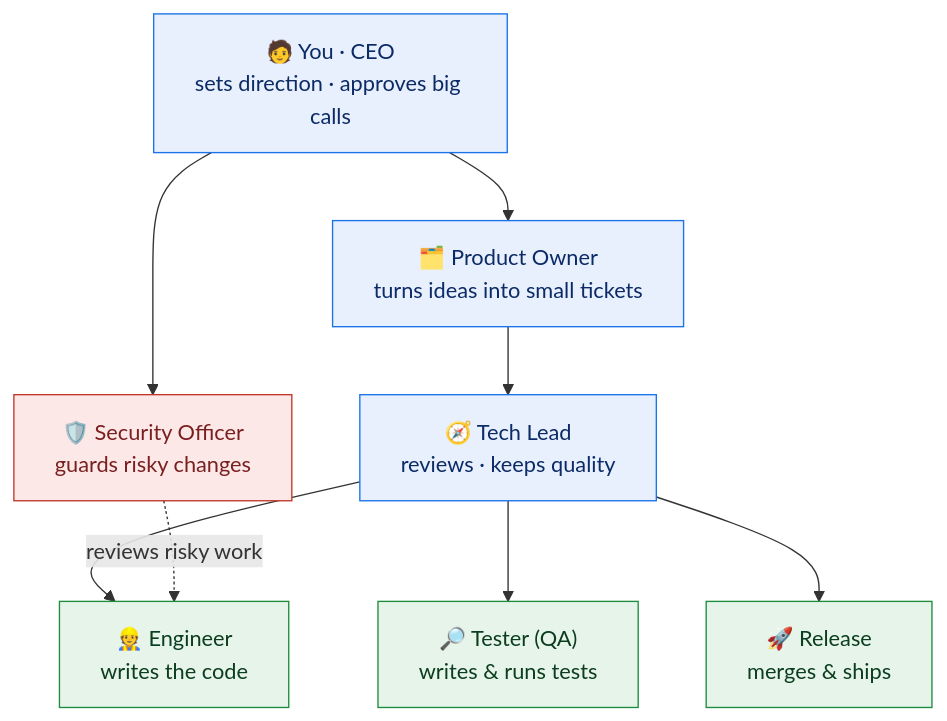
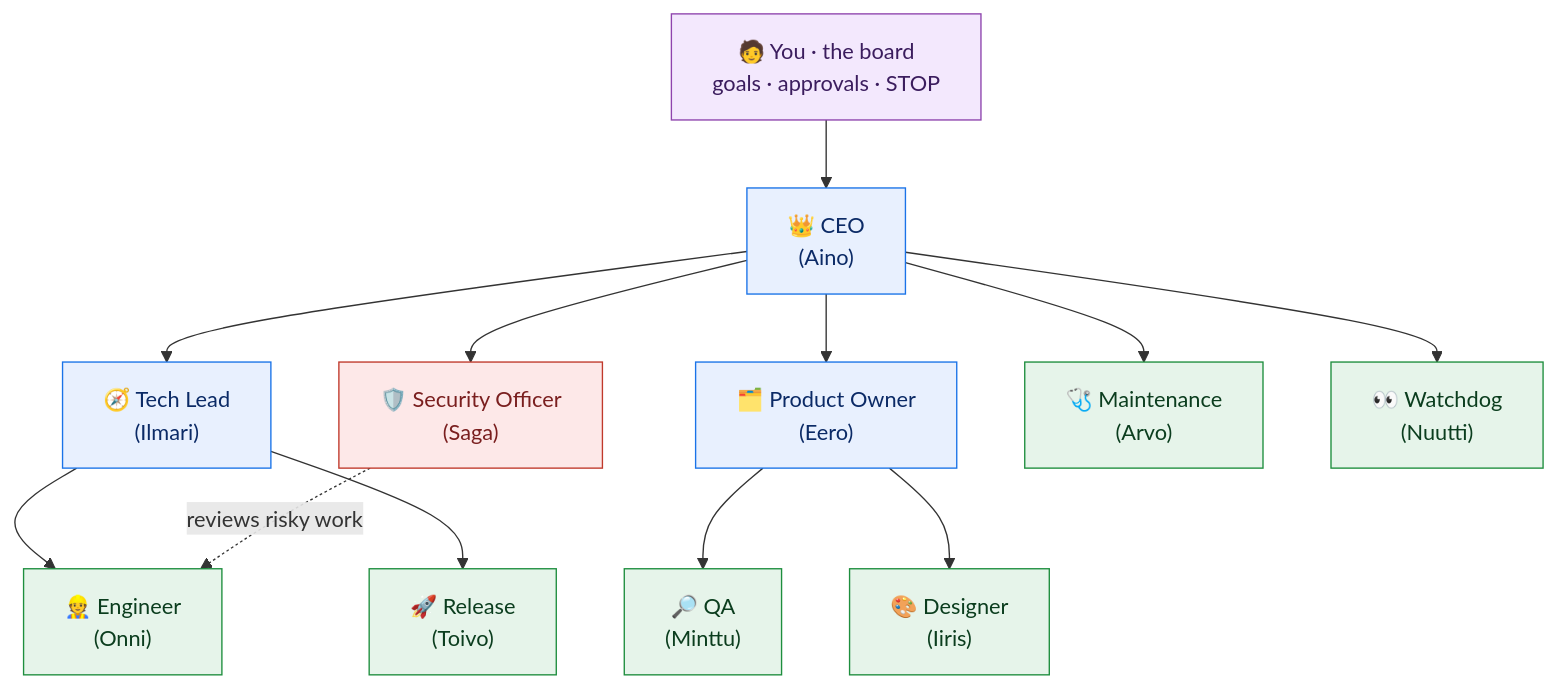
Before and after one commit to hamadsec/paperclip-ai-company: the diagram in docs/TEAM.md, drawn with Mermaid. The commit also changed other lines of this file and 6 other files, not shown here.

First line of the commit message:
Refresh for the finished, proven company; executable build-your-own guide; cleaner Mermaid diagrams

````diff
--- a/docs/TEAM.md
+++ b/docs/TEAM.md
@@ -6,25 +7,29 @@
 ```mermaid
 flowchart TD
-    OWNER["🧑 You · CEO<br/>sets direction · approves big calls"]
-    PO["🗂️ Product Owner<br/>turns ideas into small tickets"]
-    LEAD["🧭 Tech Lead<br/>reviews · keeps quality"]
-    SEC["🛡️ Security Officer<br/>guards risky changes"]
-    ENG["👷 Engineer<br/>writes the code"]
-    QA["🔎 Tester (QA)<br/>writes &amp; runs tests"]
-    REL["🚀 Release<br/>merges &amp; ships"]
+    BOARD["🧑 You · the board<br/>goals · approvals · STOP"]
+    CEO["👑 CEO<br/>(Aino)"]
+    LEAD["🧭 Tech Lead<br/>(Ilmari)"]
+    PO["🗂️ Product Owner<br/>(Eero)"]
+    SEC["🛡️ Security Officer<br/>(Saga)"]
+    MAINT["🩺 Maintenance<br/>(Arvo)"]
+    WATCH["👀 Watchdog<br/>(Nuutti)"]
+    ENG["👷 Engineer<br/>(Onni)"]
+    REL["🚀 Release<br/>(Toivo)"]
+    QA["🔎 QA<br/>(Minttu)"]
+    DES["🎨 Designer<br/>(Iiris)"]
 
-    OWNER --> PO
-    OWNER --> SEC
-    PO --> LEAD
-    LEAD --> ENG
-    LEAD --> QA
-    LEAD --> REL
+    BOARD --> CEO
+    CEO --> LEAD & PO & SEC & MAINT & WATCH
+    LEAD --> ENG & REL
+    PO --> QA & DES
     SEC -. reviews risky work .-> ENG
 
+    classDef board fill:#f3e8fd,stroke:#8e44ad,color:#3b1d5e;
     classDef boss fill:#e8f0fe,stroke:#1a73e8,color:#0b2a66;
     classDef ic fill:#e6f4ea,stroke:#1e8e3e,color:#0b3d1e;
     classDef guard fill:#fde8e8,stroke:#c0392b,color:#7a1f1f;
-    class OWNER,PO,LEAD boss;
-    class ENG,QA,REL ic;
+    class BOARD board;
+    class CEO,LEAD,PO boss;
+    class ENG,REL,QA,DES,MAINT,WATCH ic;
     class SEC guard;
 ```
````
